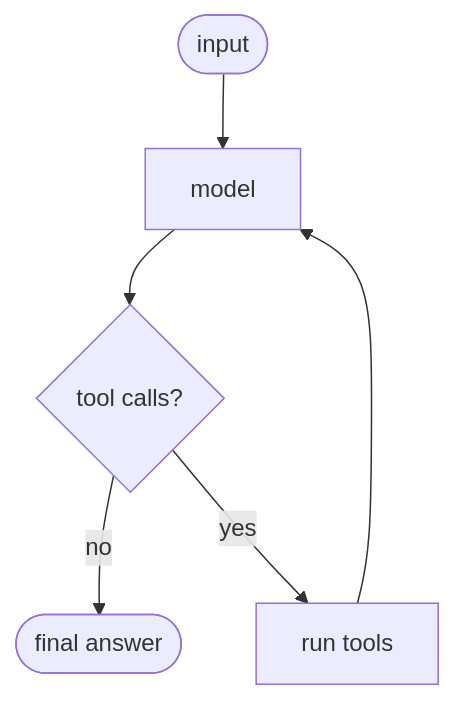
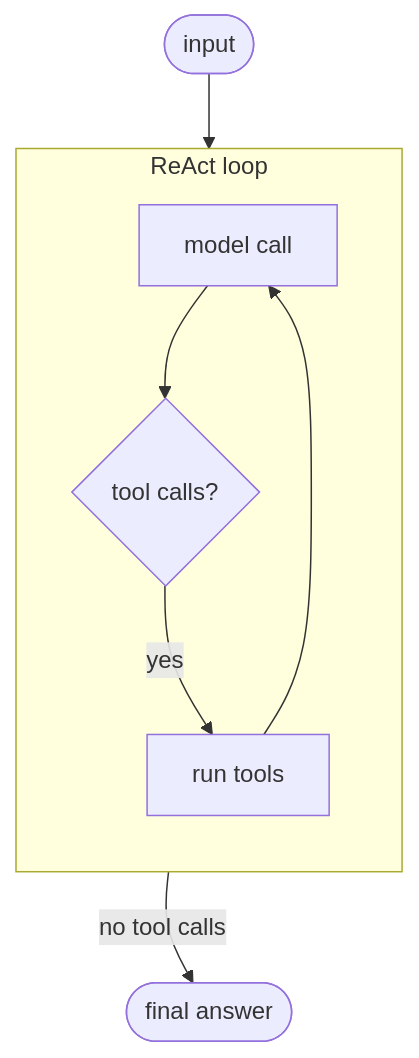
The eighth of 31 diagrams in docs-michael/agent-interview-questions.md (michaelatamuk/openjiuwen-jiuwenswarm), drawn with Mermaid before and after one commit. The commit also changed other lines of this file, not shown here.

````diff
--- a/docs-michael/agent-interview-questions.md
+++ b/docs-michael/agent-interview-questions.md
@@ -138,6 +151,11 @@
 ```mermaid
 flowchart TD
-    I2(["input"]) --> M2["model"] --> D{"tool calls?"}
-    D -->|no| O2(["final answer"])
-    D -->|yes| T["run tools"] --> M2
+    I(["input"]) --> M
+    subgraph LOOP["ReAct loop"]
+    direction TB
+        M["model call"] --> D{"tool calls?"}
+        D -->|yes| T["run tools"] --> M
+    end
+    D -->|"no tool calls"| A(["final answer"])
+    T ~~~ A
 ```
````
